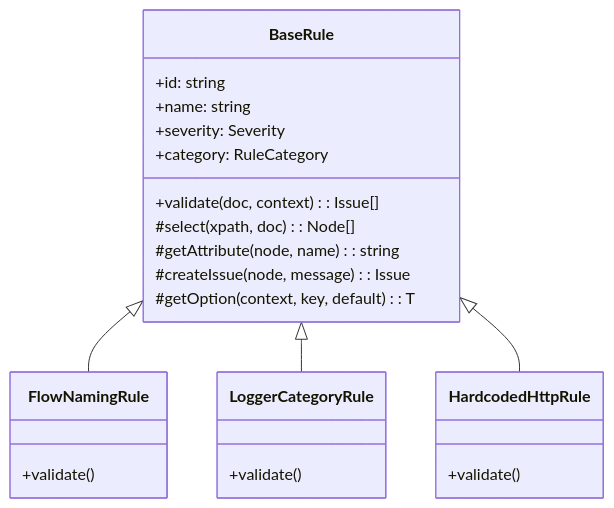
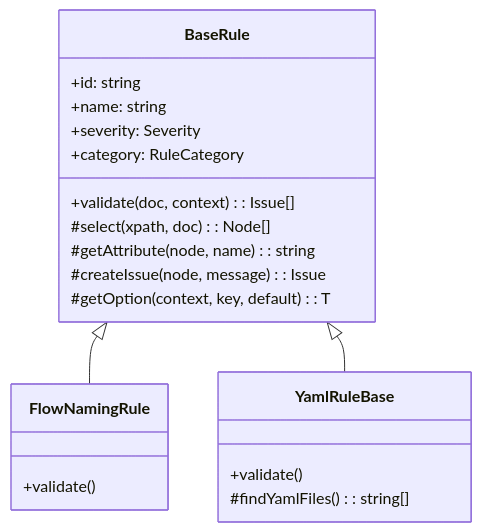
Before and after one commit to Avinava/mule-lint: the third of 3 diagrams in docs/architecture.md, drawn with Mermaid. The commit also changed other lines of this file and 5 other files, not shown here.

````diff
--- a/docs/architecture.md
+++ b/docs/architecture.md
@@ -105,30 +132,26 @@
 ```mermaid
 classDiagram
     class BaseRule {
         +id: string
         +name: string
         +severity: Severity
         +category: RuleCategory
         +validate(doc, context): Issue[]
         #select(xpath, doc): Node[]
         #getAttribute(node, name): string
         #createIssue(node, message): Issue
         #getOption(context, key, default): T
     }
     
     class FlowNamingRule {
         +validate()
     }
     
-    class LoggerCategoryRule {
+    class YamlRuleBase {
         +validate()
-    }
-    
-    class HardcodedHttpRule {
-        +validate()
+        #findYamlFiles(): string[]
     }
     
     BaseRule <|-- FlowNamingRule
-    BaseRule <|-- LoggerCategoryRule
-    BaseRule <|-- HardcodedHttpRule
+    BaseRule <|-- YamlRuleBase
 ```
````
